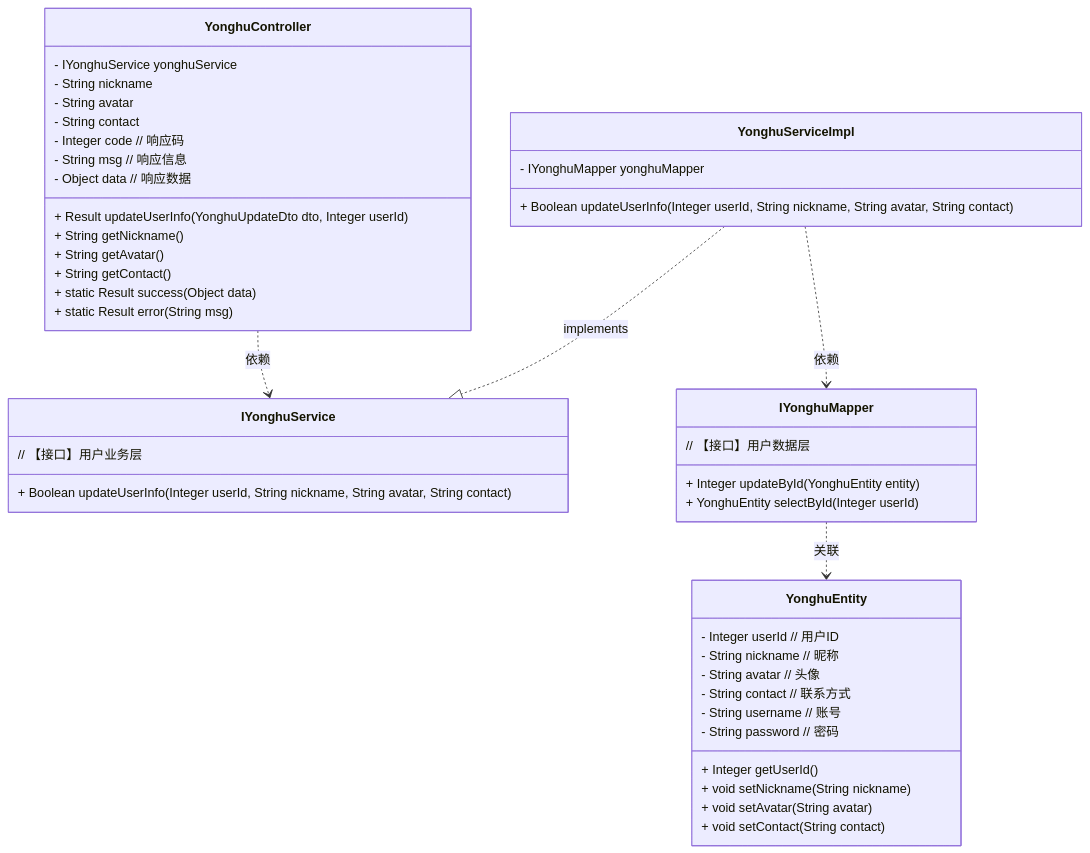
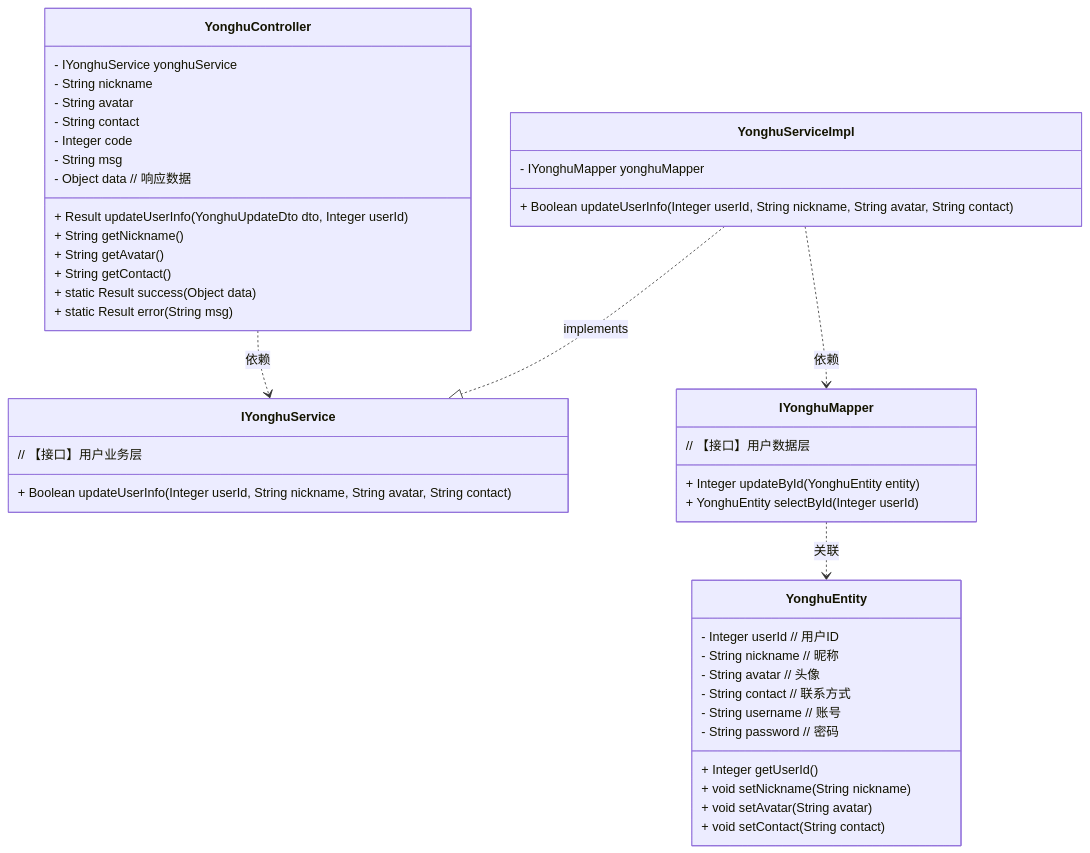
Before and after one commit to DEbalanceUX/iodraw-files: the diagram in all/未命名-6.md, drawn with Mermaid.

Commit message:
2025-12-26 03:45:57 update

````diff
--- a/all/未命名-6.md
+++ b/all/未命名-6.md
@@ -1,64 +1,64 @@
 ```mermaid
 classDiagram
     %% 关系定义（仅用Class+implements）
     YonghuServiceImpl ..|> IYonghuService : implements
     YonghuController ..> IYonghuService : 依赖
     YonghuServiceImpl ..> IYonghuMapper : 依赖
     IYonghuMapper ..> YonghuEntity : 关联
 
     %% Controller层
     class YonghuController {
         - IYonghuService yonghuService
         + Result updateUserInfo(YonghuUpdateDto dto, Integer userId)
         
         
             - String nickname      
             - String avatar         
             - String contact        
             + String getNickname()
             + String getAvatar()
             + String getContact()
         
         
     
-            - Integer code          // 响应码
-            - String msg            // 响应信息
+            - Integer code
+            - String msg      
             - Object data           // 响应数据
             + static Result success(Object data)
             + static Result error(String msg)
         
     }
 
     %% Service接口（伪装为Class，注释说明是接口）
     class IYonghuService {
         // 【接口】用户业务层
         + Boolean updateUserInfo(Integer userId, String nickname, String avatar, String contact)
     }
 
     %% Service实现类
     class YonghuServiceImpl {
         - IYonghuMapper yonghuMapper
         + Boolean updateUserInfo(Integer userId, String nickname, String avatar, String contact)
     }
 
     %% Mapper接口（伪装为Class，注释说明是接口）
     class IYonghuMapper {
         // 【接口】用户数据层
         + Integer updateById(YonghuEntity entity)
         + YonghuEntity selectById(Integer userId)
     }
 
     %% Entity层
     class YonghuEntity {
         - Integer userId        // 用户ID
         - String nickname       // 昵称
         - String avatar         // 头像
         - String contact        // 联系方式
         - String username       // 账号
         - String password       // 密码
         + Integer getUserId()
         + void setNickname(String nickname)
         + void setAvatar(String avatar)
         + void setContact(String contact)
     }
 ```
````
